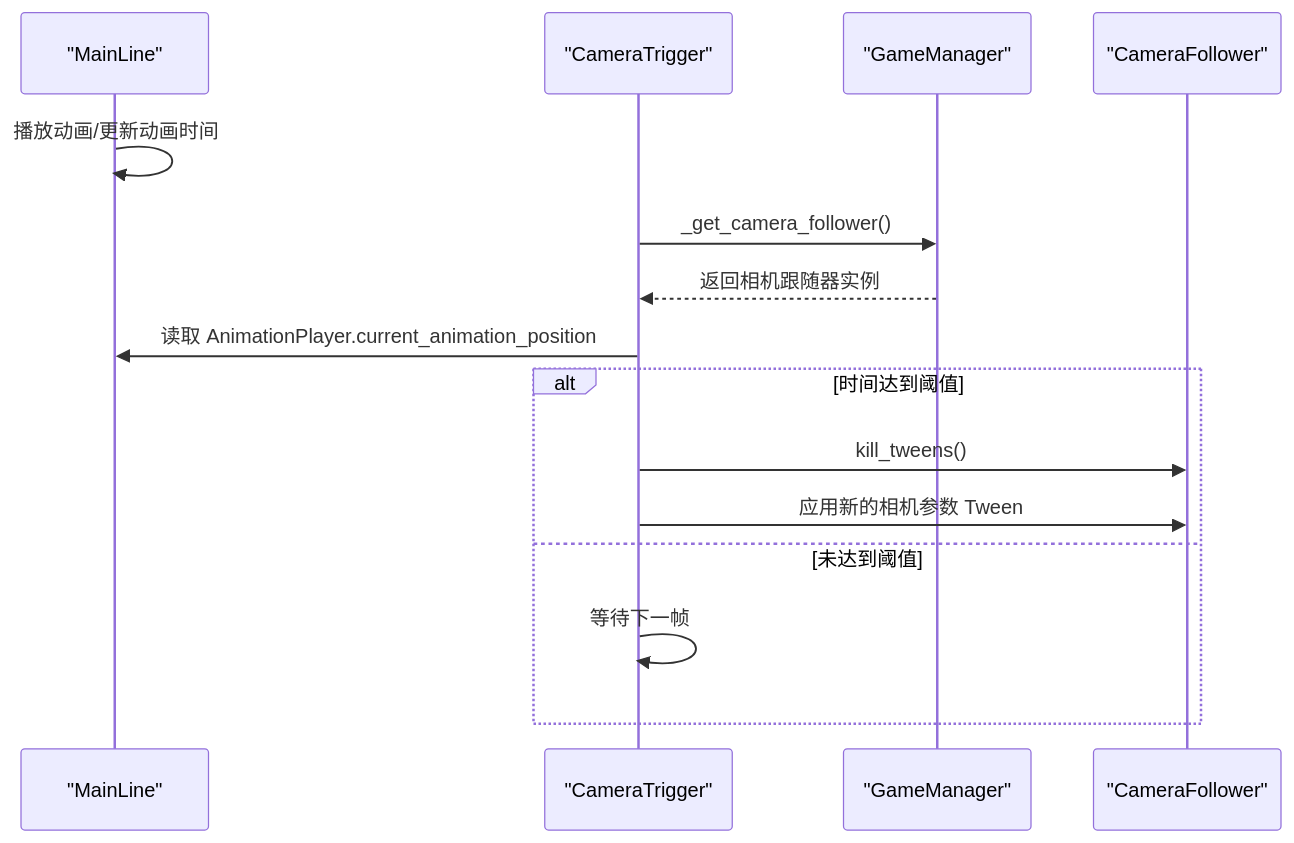
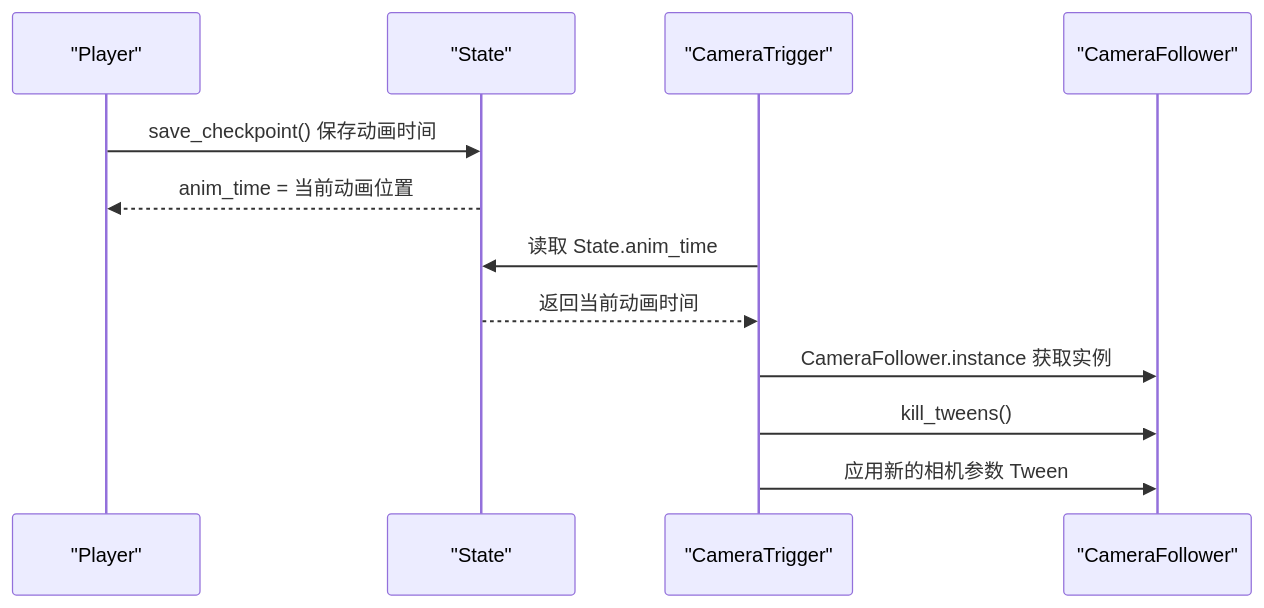
One commit to godotline/godot-line changed the sixth of 7 diagrams in .qoder/repowiki/zh/content/游戏系统/触发器系统/相机触发器.md. Above: the diagram before and after it, drawn with Mermaid. The commit also changed other lines of this file and 10 other files, not shown here.

````diff
--- a/.qoder/repowiki/zh/content/游戏系统/触发器系统/相机触发器.md
+++ b/.qoder/repowiki/zh/content/游戏系统/触发器系统/相机触发器.md
@@ -347,17 +340,14 @@
 ```mermaid
 sequenceDiagram
-participant ML as "MainLine"
+participant Player as "Player"
+participant State as "State"
 participant Trigger as "CameraTrigger"
-participant GameMgr as "GameManager"
 participant Follower as "CameraFollower"
-ML->>ML : 播放动画/更新动画时间
-Trigger->>GameMgr : _get_camera_follower()
-GameMgr-->>Trigger : 返回相机跟随器实例
-Trigger->>ML : 读取 AnimationPlayer.current_animation_position
-alt 时间达到阈值
+Player->>State : save_checkpoint() 保存动画时间
+State-->>Player : anim_time = 当前动画位置
+Trigger->>State : 读取 State.anim_time
+State-->>Trigger : 返回当前动画时间
+Trigger->>Follower : CameraFollower.instance 获取实例
 Trigger->>Follower : kill_tweens()
 Trigger->>Follower : 应用新的相机参数 Tween
-else 未达到阈值
-Trigger->>Trigger : 等待下一帧
-end
 ```
````
